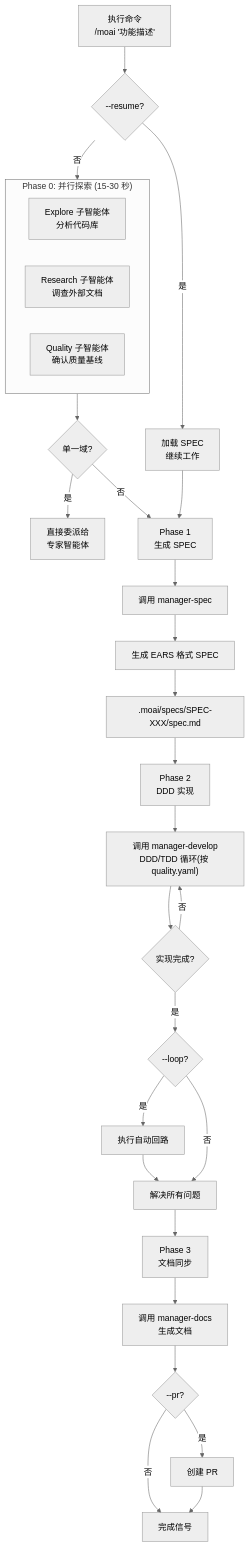
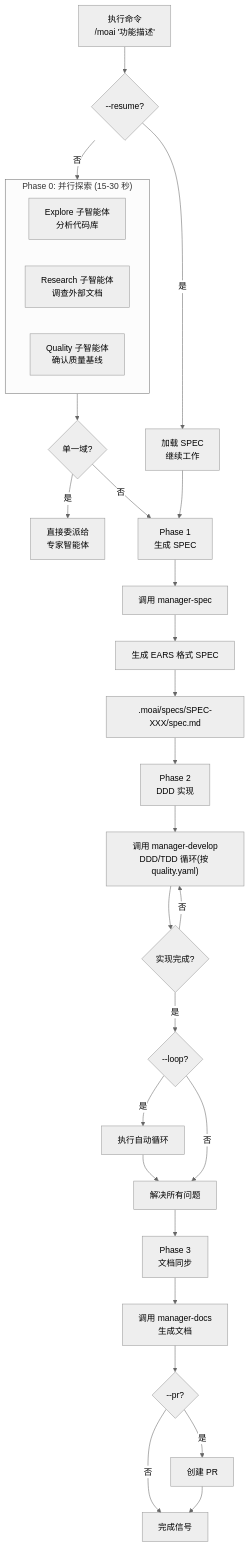
Before and after one commit to modu-ai/moai-adk: the diagram in docs-site/content/zh/utility-commands/moai.md, drawn with Mermaid (neutral theme). The commit also changed other lines of this file and 124 other files, not shown here.

````diff
--- a/docs-site/content/zh/utility-commands/moai.md
+++ b/docs-site/content/zh/utility-commands/moai.md
@@ -116,40 +116,40 @@
 ```mermaid
 flowchart TD
     A["执行命令<br/>/moai '功能描述'"] --> B{--resume?}
     B -->|是| C["加载 SPEC<br/>继续工作"]
     B -->|否| D["Phase 0<br/>并行探索"]
 
     subgraph D["Phase 0: 并行探索 (15-30 秒)"]
         D1["Explore 子智能体<br/>分析代码库"]
         D2["Research 子智能体<br/>调查外部文档"]
         D3["Quality 子智能体<br/>确认质量基线"]
     end
 
     D --> E{"单一域?"}
     E -->|是| F["直接委派给<br/>专家智能体"]
     E -->|否| G["继续 Phase 1"]
 
     C --> G["Phase 1<br/>生成 SPEC"]
     G --> H["调用 manager-spec"]
     H --> I["生成 EARS 格式 SPEC"]
     I --> J[".moai/specs/SPEC-XXX/spec.md"]
 
     J --> K["Phase 2<br/>DDD 实现"]
 
     K --> L["调用 manager-develop<br/>DDD/TDD 循环(按 quality.yaml)"]
     L --> M{"实现完成?"}
     M -->|否| L
     M -->|是| N{"--loop?"}
 
-    N -->|是| O["执行自动回路"]
+    N -->|是| O["执行自动循环"]
     O --> P["解决所有问题"]
     N -->|否| P
 
     P --> Q["Phase 3<br/>文档同步"]
 
     Q --> R["调用 manager-docs<br/>生成文档"]
     R --> S{"--pr?"}
     S -->|是| T["创建 PR"]
     S -->|否| U["完成信号"]
     T --> U
 ```
````
